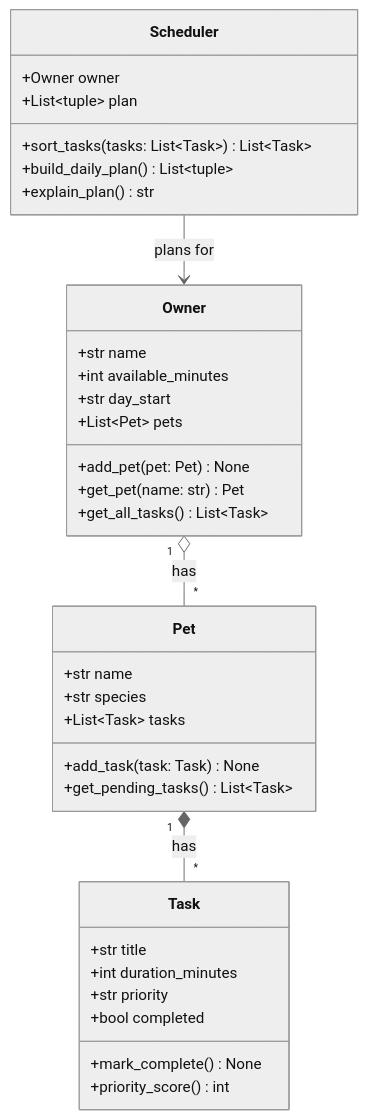
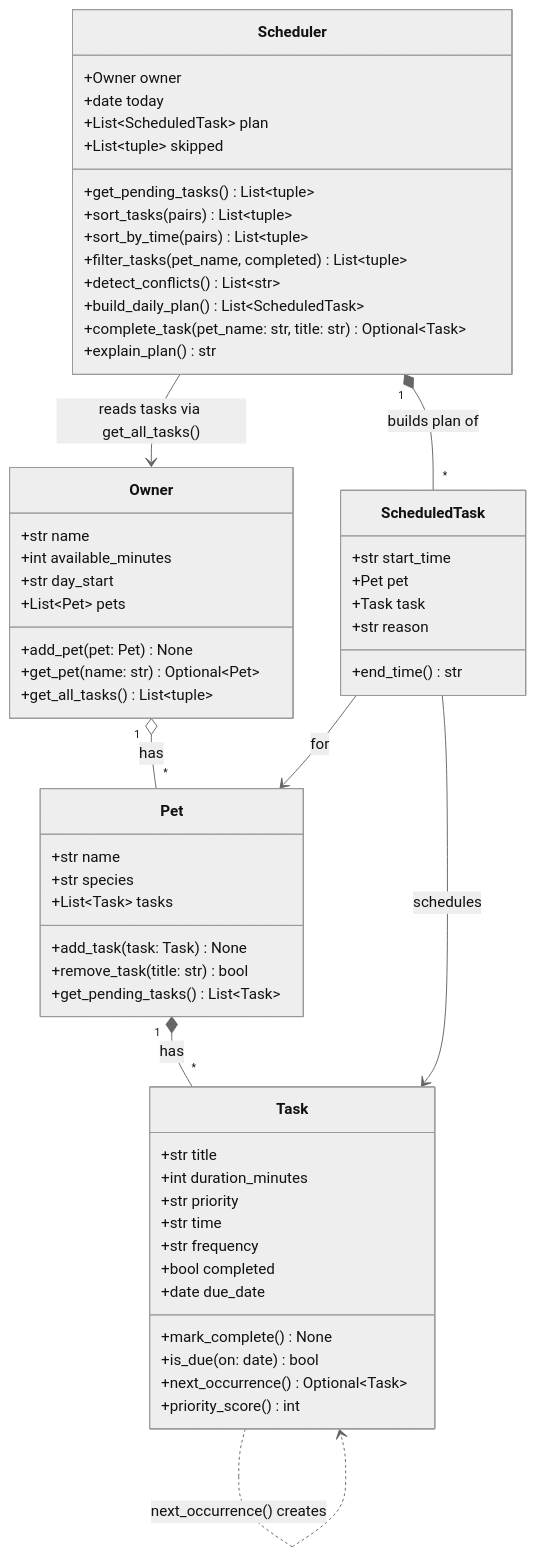
One commit to qkloun/ai110-module2show-pawpal-starter changed the diagram in diagrams/uml.mmd. Above: the diagram before and after it, drawn with Mermaid (neutral theme). The commit also changed 3 other files, not shown here.

Commit message:
Updated UML diagram, imiproved the UI and final reflections

```diff
--- a/diagrams/uml.mmd
+++ b/diagrams/uml.mmd
@@ -1,41 +1,66 @@
 classDiagram
-    %% PawPal+ working UML draft (Phase 1). Update in Phase 6 to match the final code.
+    %% PawPal+ final UML: matches pawpal_system.py
 
     class Owner {
         +str name
         +int available_minutes
         +str day_start
         +List~Pet~ pets
         +add_pet(pet: Pet) None
-        +get_pet(name: str) Pet
-        +get_all_tasks() List~Task~
+        +get_pet(name: str) Optional~Pet~
+        +get_all_tasks() List~tuple~
     }
 
     class Pet {
         +str name
         +str species
         +List~Task~ tasks
         +add_task(task: Task) None
+        +remove_task(title: str) bool
         +get_pending_tasks() List~Task~
     }
 
     class Task {
         +str title
         +int duration_minutes
         +str priority
+        +str time
+        +str frequency
         +bool completed
+        +date due_date
         +mark_complete() None
+        +is_due(on: date) bool
+        +next_occurrence() Optional~Task~
         +priority_score() int
+    }
+
+    class ScheduledTask {
+        +str start_time
+        +Pet pet
+        +Task task
+        +str reason
+        +end_time() str
     }
 
     class Scheduler {
         +Owner owner
-        +List~tuple~ plan
-        +sort_tasks(tasks: List~Task~) List~Task~
-        +build_daily_plan() List~tuple~
+        +date today
+        +List~ScheduledTask~ plan
+        +List~tuple~ skipped
+        +get_pending_tasks() List~tuple~
+        +sort_tasks(pairs) List~tuple~
+        +sort_by_time(pairs) List~tuple~
+        +filter_tasks(pet_name, completed) List~tuple~
+        +detect_conflicts() List~str~
+        +build_daily_plan() List~ScheduledTask~
+        +complete_task(pet_name: str, title: str) Optional~Task~
         +explain_plan() str
     }
 
     Owner "1" o-- "*" Pet : has
     Pet "1" *-- "*" Task : has
-    Scheduler --> Owner : plans for
+    Scheduler --> Owner : reads tasks via get_all_tasks()
+    Scheduler "1" *-- "*" ScheduledTask : builds plan of
+    ScheduledTask --> Pet : for
+    ScheduledTask --> Task : schedules
+    Task ..> Task : next_occurrence() creates
```
